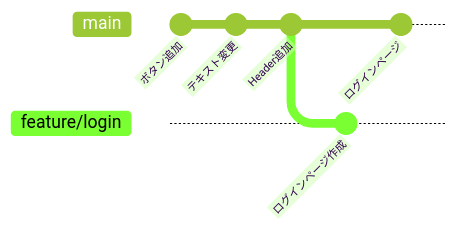
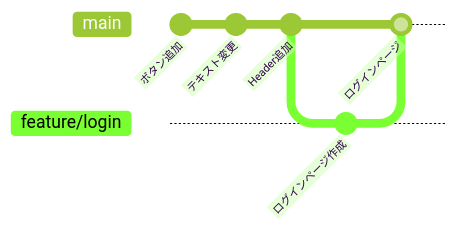
One commit to JunSasaki0077/obsidian changed the third of 3 diagrams in index/branch.md. Above: the diagram before and after it, drawn with Mermaid (forest theme). The commit also changed other lines of this file and 3 other files, not shown here.

````diff
--- a/index/branch.md
+++ b/index/branch.md
@@ -36,11 +36,12 @@
 ```mermaid
     gitGraph
        commit id: "ボタン追加"
        commit id: "テキスト変更"
        commit id: "Header追加"
        branch feature/login
        commit id: "ログインページ作成"
        checkout main
-       commit id:"ログインページ"
+       merge feature/login id:"ログインページ"
+       
 
 ```
````
